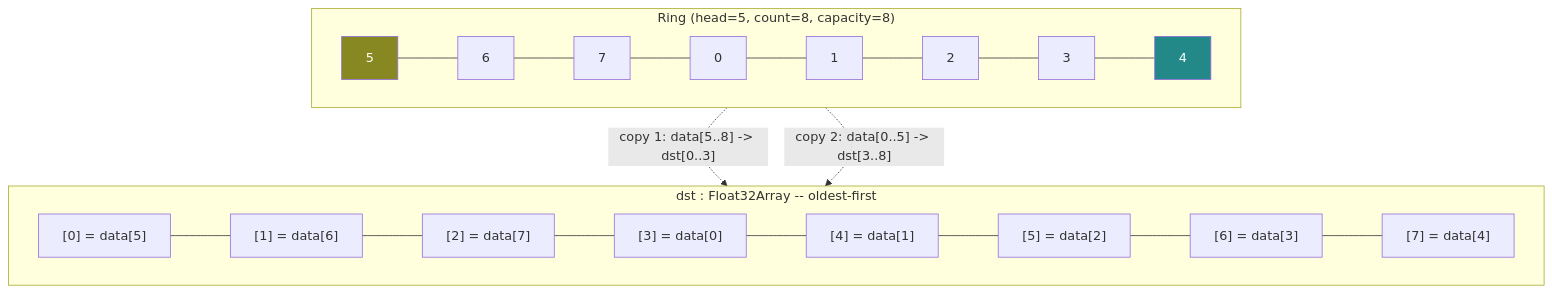
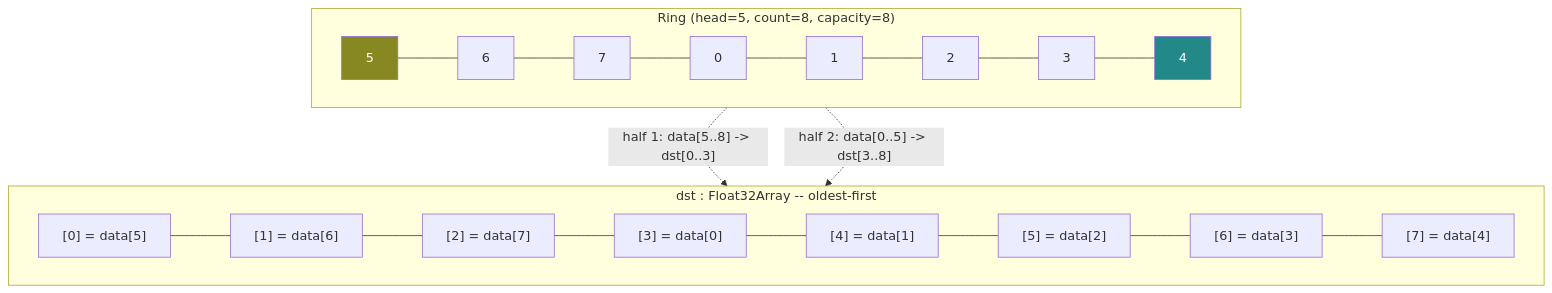
Before and after one commit to PeshoVurtoleta/lite-ring-buffer: the third of 4 diagrams in README.md, drawn with Mermaid. The commit also changed other lines of this file and 11 other files, not shown here.

````diff
--- a/README.md
+++ b/README.md
@@ -200,15 +200,15 @@
 ```mermaid
 flowchart TB
     subgraph R["Ring (head=5, count=8, capacity=8)"]
         direction LR
         R5["5"]:::oldest --- R6["6"] --- R7["7"] --- R0["0"] --- R1["1"] --- R2["2"] --- R3["3"] --- R4["4"]:::newest
     end
     subgraph D["dst : Float32Array -- oldest-first"]
         direction LR
         D0["[0] = data[5]"] --- D1["[1] = data[6]"] --- D2["[2] = data[7]"] --- D3["[3] = data[0]"] --- D4["[4] = data[1]"] --- D5["[5] = data[2]"] --- D6["[6] = data[3]"] --- D7["[7] = data[4]"]
     end
-    R5 -. "copy 1: data[5..8] -> dst[0..3]" .-> D0
-    R0 -. "copy 2: data[0..5] -> dst[3..8]" .-> D3
+    R5 -. "half 1: data[5..8] -> dst[0..3]" .-> D0
+    R0 -. "half 2: data[0..5] -> dst[3..8]" .-> D3
     classDef oldest fill:#882,color:#fff
     classDef newest fill:#288,color:#fff
 ```
````
